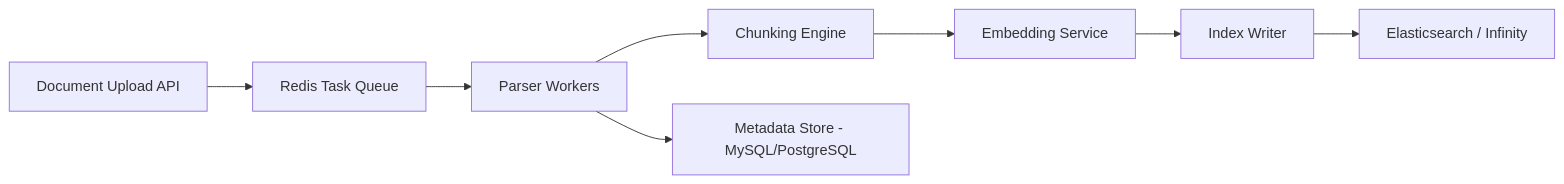
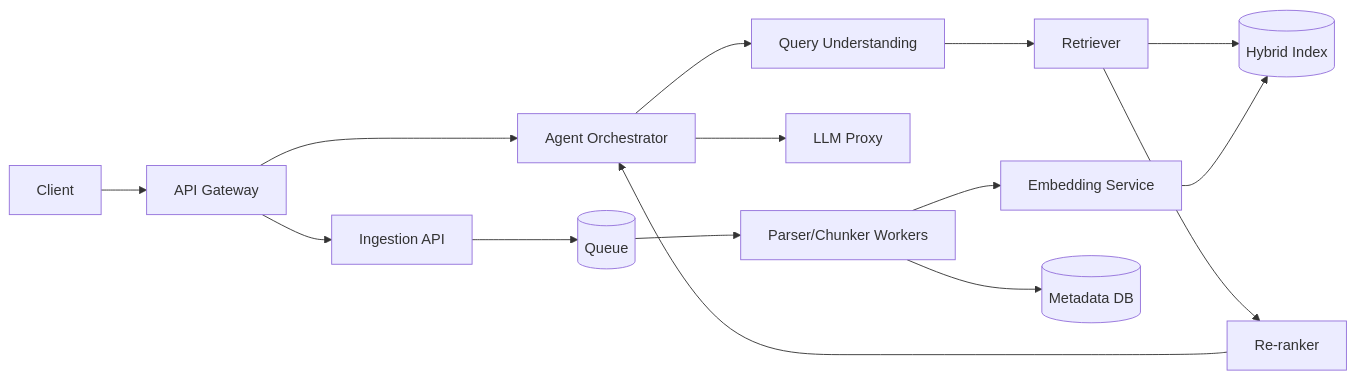
The diagram in assignments/assignment-4.md (harshagarwalnyu/eng-ai-agents), drawn with Mermaid before and after one commit. The commit also changed other lines of this file, not shown here.

````diff
--- a/assignments/assignment-4.md
+++ b/assignments/assignment-4.md
@@ -161,10 +119,17 @@
 ```mermaid
 flowchart LR
-    A[Document Upload API] --> B[Redis Task Queue]
-    B --> C[Parser Workers]
-    C --> D[Chunking Engine]
-    D --> E[Embedding Service]
-    E --> F[Index Writer]
-    F --> G[Elasticsearch / Infinity]
-    C --> H[Metadata Store - MySQL/PostgreSQL]
+    U[Client] --> G[API Gateway]
+    G --> O[Agent Orchestrator]
+    O --> Q[Query Understanding]
+    Q --> R[Retriever]
+    R --> K[(Hybrid Index)]
+    R --> RR[Re-ranker]
+    RR --> O
+    O --> L[LLM Proxy]
+    G --> I[Ingestion API]
+    I --> MQ[(Queue)]
+    MQ --> P[Parser/Chunker Workers]
+    P --> E[Embedding Service]
+    E --> K
+    P --> M[(Metadata DB)]
 ```
````
